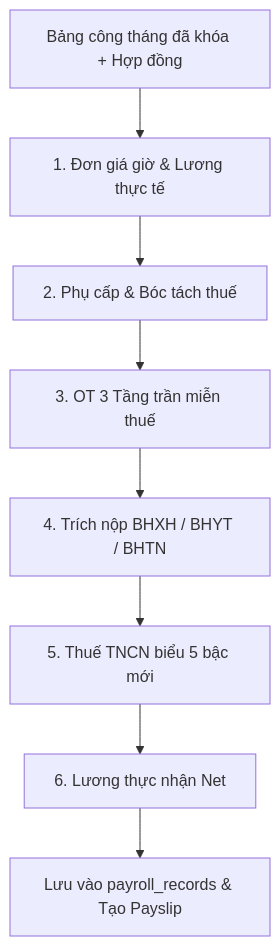
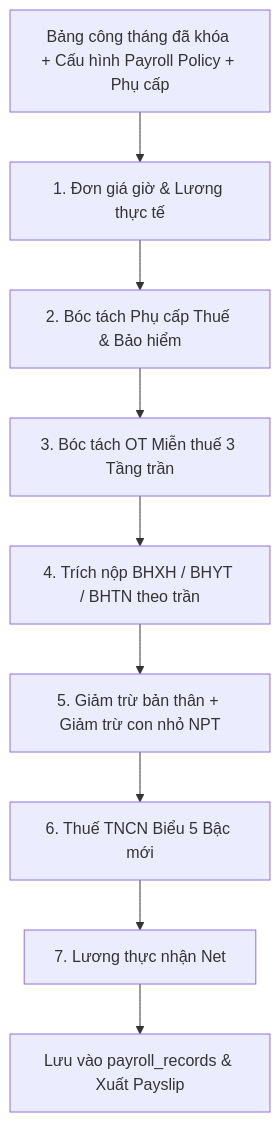
One commit to hungpd9/smartHr changed the second of 2 diagrams in docs/modules/07_payroll.md. Above: the diagram before and after it, drawn with Mermaid. The commit also changed other lines of this file and 107 other files, not shown here.

````diff
--- a/docs/modules/07_payroll.md
+++ b/docs/modules/07_payroll.md
@@ -95,10 +96,11 @@
 ```mermaid
 flowchart TD
-    In[Bảng công tháng đã khóa + Hợp đồng] --> S1[1. Đơn giá giờ & Lương thực tế]
-    S1 --> S2[2. Phụ cấp & Bóc tách thuế]
-    S2 --> S3[3. OT 3 Tầng trần miễn thuế]
-    S3 --> S4[4. Trích nộp BHXH / BHYT / BHTN]
-    S4 --> S5[5. Thuế TNCN biểu 5 bậc mới]
-    S5 --> S6[6. Lương thực nhận Net]
-    S6 --> Out[Lưu vào payroll_records & Tạo Payslip]
+    In[Bảng công tháng đã khóa + Cấu hình Payroll Policy + Phụ cấp] --> S1[1. Đơn giá giờ & Lương thực tế]
+    S1 --> S2[2. Bóc tách Phụ cấp Thuế & Bảo hiểm]
+    S2 --> S3[3. Bóc tách OT Miễn thuế 3 Tầng trần]
+    S3 --> S4[4. Trích nộp BHXH / BHYT / BHTN theo trần]
+    S4 --> S5[5. Giảm trừ bản thân + Giảm trừ con nhỏ NPT]
+    S5 --> S6[6. Thuế TNCN Biểu 5 Bậc mới]
+    S6 --> S7[7. Lương thực nhận Net]
+    S7 --> Out[Lưu vào payroll_records & Xuất Payslip]
 ```
````
